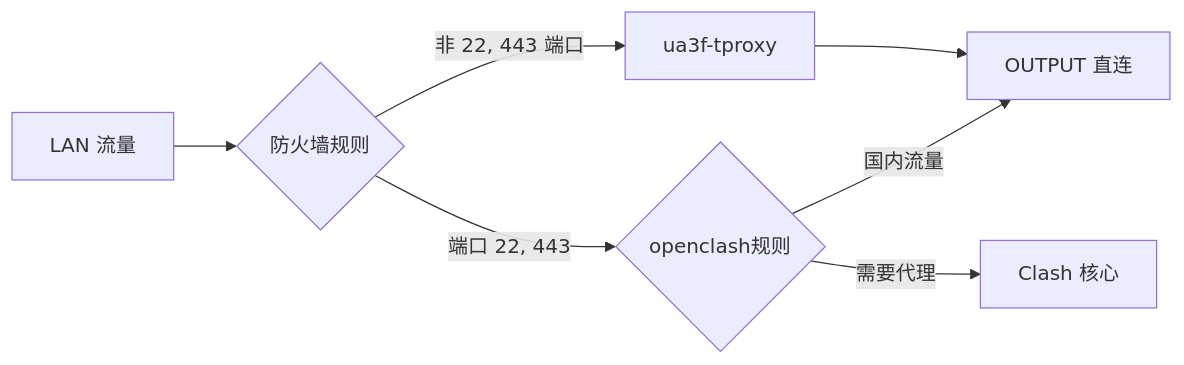
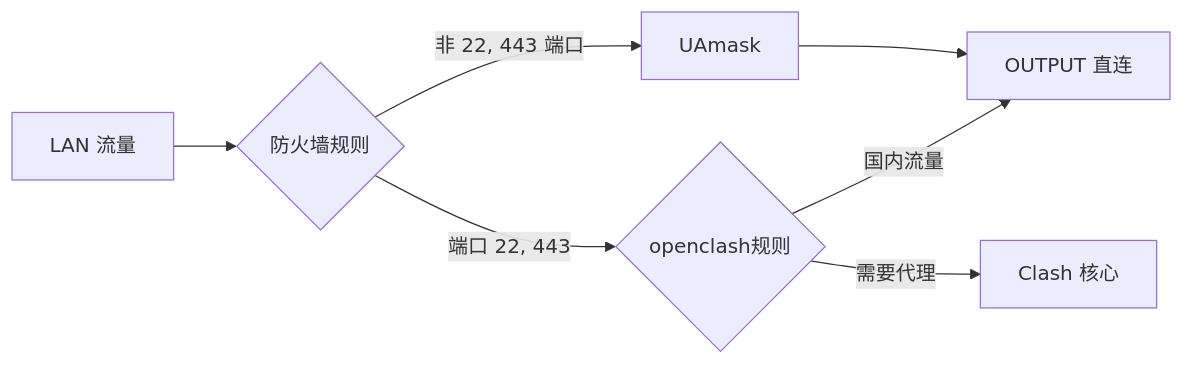
The third of 3 diagrams in README.md (Zesuy/UA-Mask), drawn with Mermaid before and after one commit. The commit also changed other lines of this file, not shown here.

Commit message:
feat: 将项目名称更改为 UAmask，更新相关文档以反映新名称和功能改进

````diff
--- a/README.md
+++ b/README.md
@@ -101,11 +81,11 @@
 ```mermaid
 graph LR
     A[LAN 流量] --> B{防火墙规则}
     B -->|端口 22, 443| C{openclash规则}
-    B -->|非 22, 443 端口| D[ua3f-tproxy]
+    B -->|非 22, 443 端口| D[UAmask]
     
     C -->|国内流量| E[OUTPUT 直连]
     C -->|需要代理| F[Clash 核心]
     
     D --> E[OUTPUT 直连]
 ```
````
